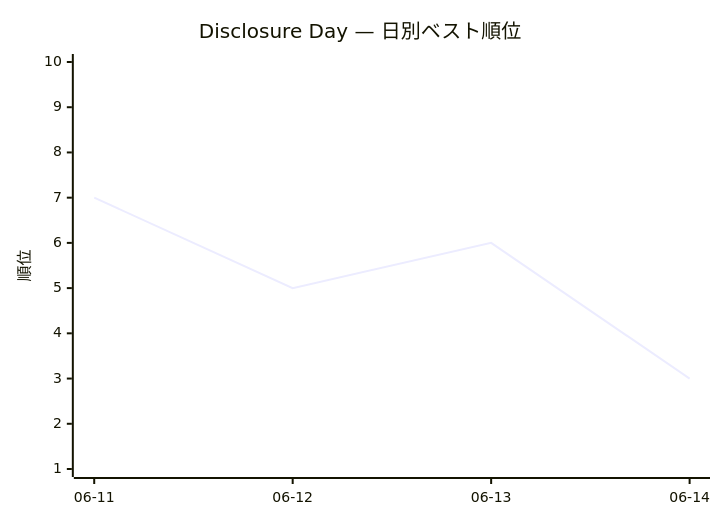
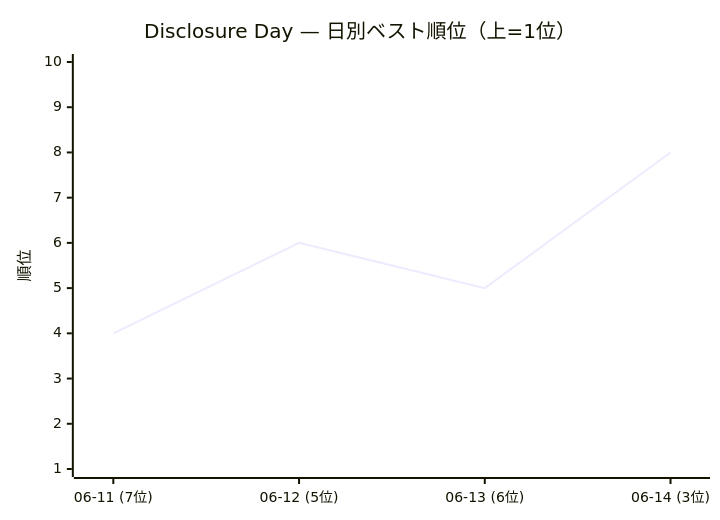
Before and after one commit to rushhirosan/trend-dashboard: the fourth of 6 diagrams in docs/summaries/weekly/2026-W24.md, drawn with Mermaid. The commit also changed other lines of this file and 2 other files, not shown here.

````diff
--- a/docs/summaries/weekly/2026-W24.md
+++ b/docs/summaries/weekly/2026-W24.md
@@ -116,7 +116,7 @@
 ```mermaid
 xychart-beta
-    title "Disclosure Day — 日別ベスト順位"
-    x-axis ["06-11", "06-12", "06-13", "06-14"]
+    title "Disclosure Day — 日別ベスト順位（上=1位）"
+    x-axis ["06-11 (7位)", "06-12 (5位)", "06-13 (6位)", "06-14 (3位)"]
     y-axis "順位" 1 --> 10
-    line [7, 5, 6, 3]
+    line [4, 6, 5, 8]
 ```
````
